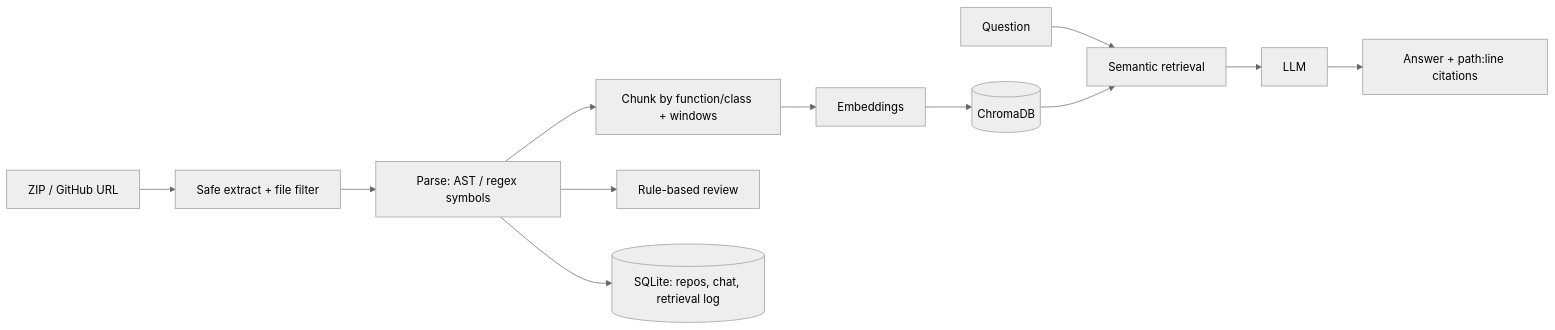
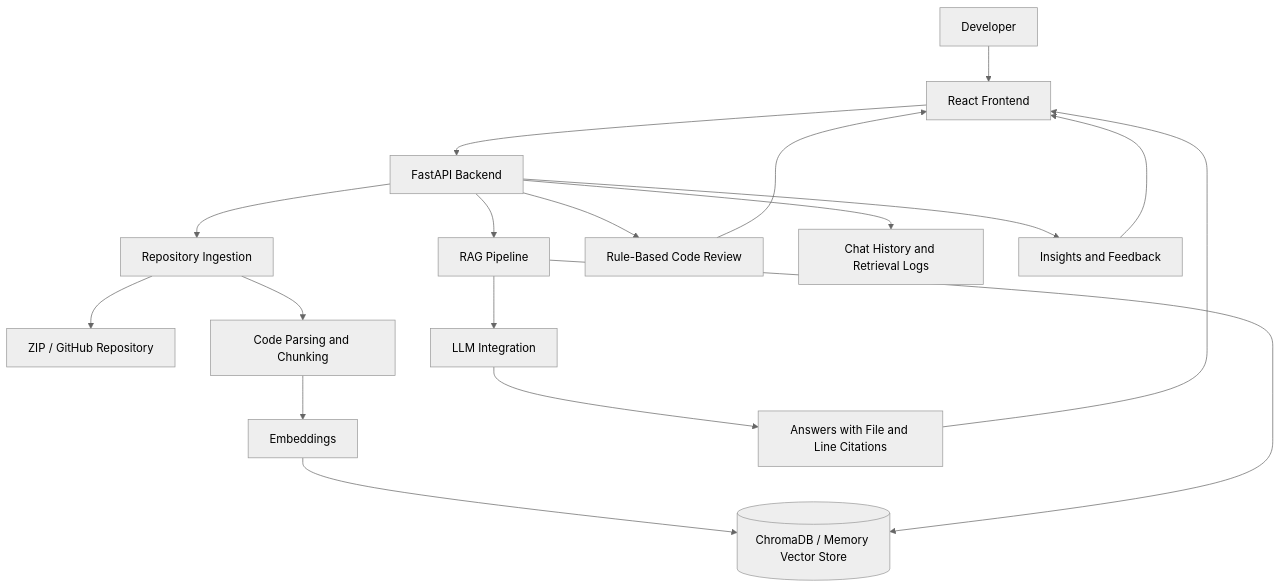
One commit to akshatha010924/CodeCompass changed the diagram in README.md. Above: the diagram before and after it, drawn with Mermaid (neutral theme). The commit also changed other lines of this file, not shown here.

````diff
--- a/README.md
+++ b/README.md
@@ -5,13 +37,25 @@
 ```mermaid
-flowchart LR
-  A[ZIP / GitHub URL] --> B[Safe extract + file filter]
-  B --> C[Parse: AST / regex symbols]
-  C --> D[Chunk by function/class + windows]
-  D --> E[Embeddings]
-  E --> F[(ChromaDB)]
-  Q[Question] --> G[Semantic retrieval]
-  F --> G --> H[LLM]
-  H --> I[Answer + path:line citations]
-  C --> J[Rule-based review]
-  C --> K[(SQLite: repos, chat, retrieval log)]
+flowchart TD
+    A[Developer] --> B[React Frontend]
+
+    B --> C[FastAPI Backend]
+
+    C --> D[Repository Ingestion]
+    D --> E[ZIP / GitHub Repository]
+    D --> F[Code Parsing and Chunking]
+    F --> G[Embeddings]
+    G --> H[(ChromaDB / Memory Vector Store)]
+
+    C --> I[RAG Pipeline]
+    I --> H
+    I --> J[LLM Integration]
+    J --> K[Answers with File and Line Citations]
+
+    C --> L[Rule-Based Code Review]
+    C --> M[Chat History and Retrieval Logs]
+    C --> N[Insights and Feedback]
+
+    K --> B
+    L --> B
+    N --> B
 ```
````
